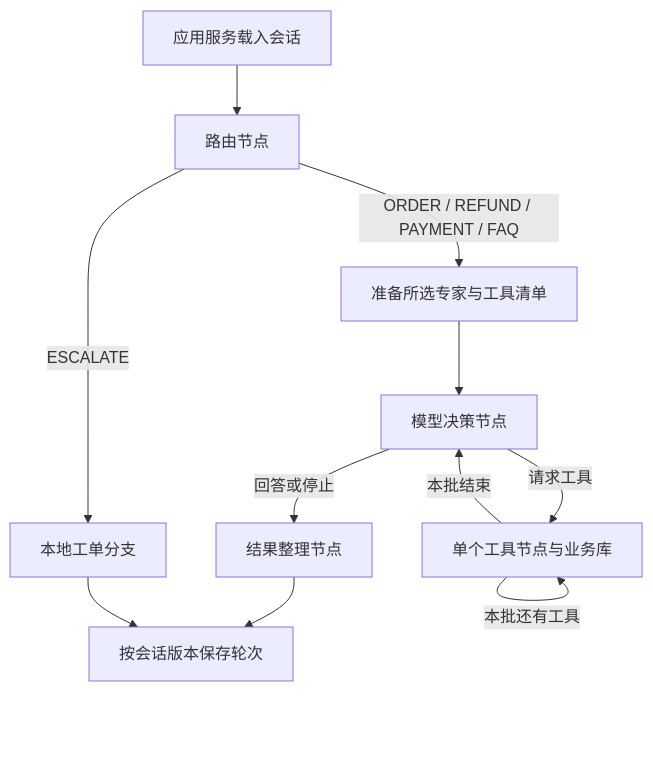
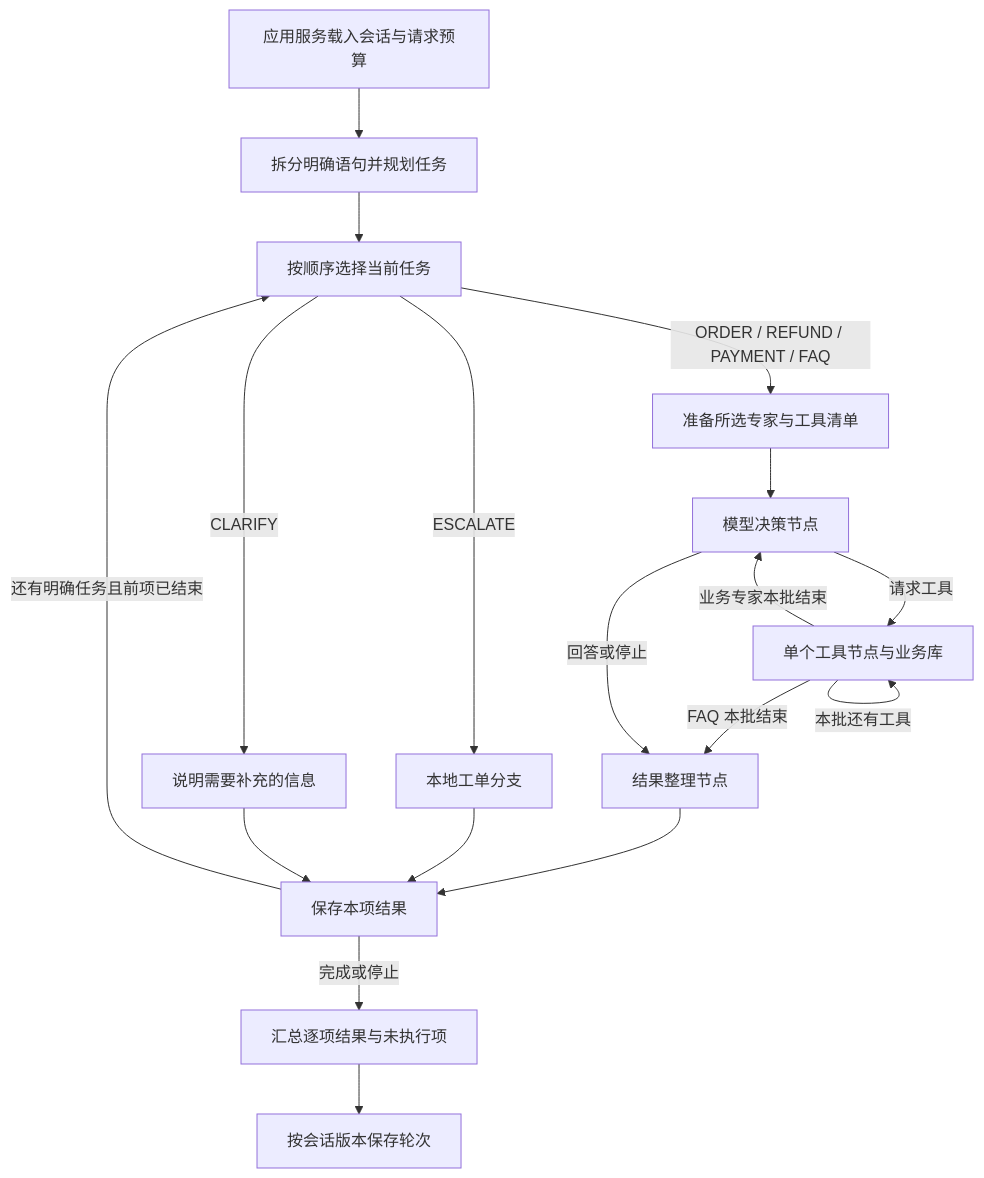
The diagram in README.md (SumanaWu/ecommerce-support-agent), drawn with Mermaid before and after one commit. The commit also changed other lines of this file and 44 other files, not shown here.

````diff
--- a/README.md
+++ b/README.md
@@ -437,13 +615,20 @@
 ```mermaid
 flowchart TD
-    S[应用服务载入会话] --> R[路由节点]
-    R -->|ORDER / REFUND / PAYMENT / FAQ| P[准备所选专家与工具清单]
+    S[应用服务载入会话与请求预算] --> R[拆分明确语句并规划任务]
+    R --> N[按顺序选择当前任务]
+    N -->|ORDER / REFUND / PAYMENT / FAQ| P[准备所选专家与工具清单]
     P --> D[模型决策节点]
     D -->|请求工具| T[单个工具节点与业务库]
     T -->|本批还有工具| T
-    T -->|本批结束| D
+    T -->|业务专家本批结束| D
+    T -->|FAQ 本批结束| A
     D -->|回答或停止| A[结果整理节点]
-    A --> M[按会话版本保存轮次]
-    R -->|ESCALATE| E[本地工单分支]
-    E --> M
+    A --> C[保存本项结果]
+    N -->|ESCALATE| E[本地工单分支]
+    N -->|CLARIFY| Q[说明需要补充的信息]
+    E --> C
+    Q --> C
+    C -->|还有明确任务且前项已结束| N
+    C -->|完成或停止| U[汇总逐项结果与未执行项]
+    U --> M[按会话版本保存轮次]
 ```
````
